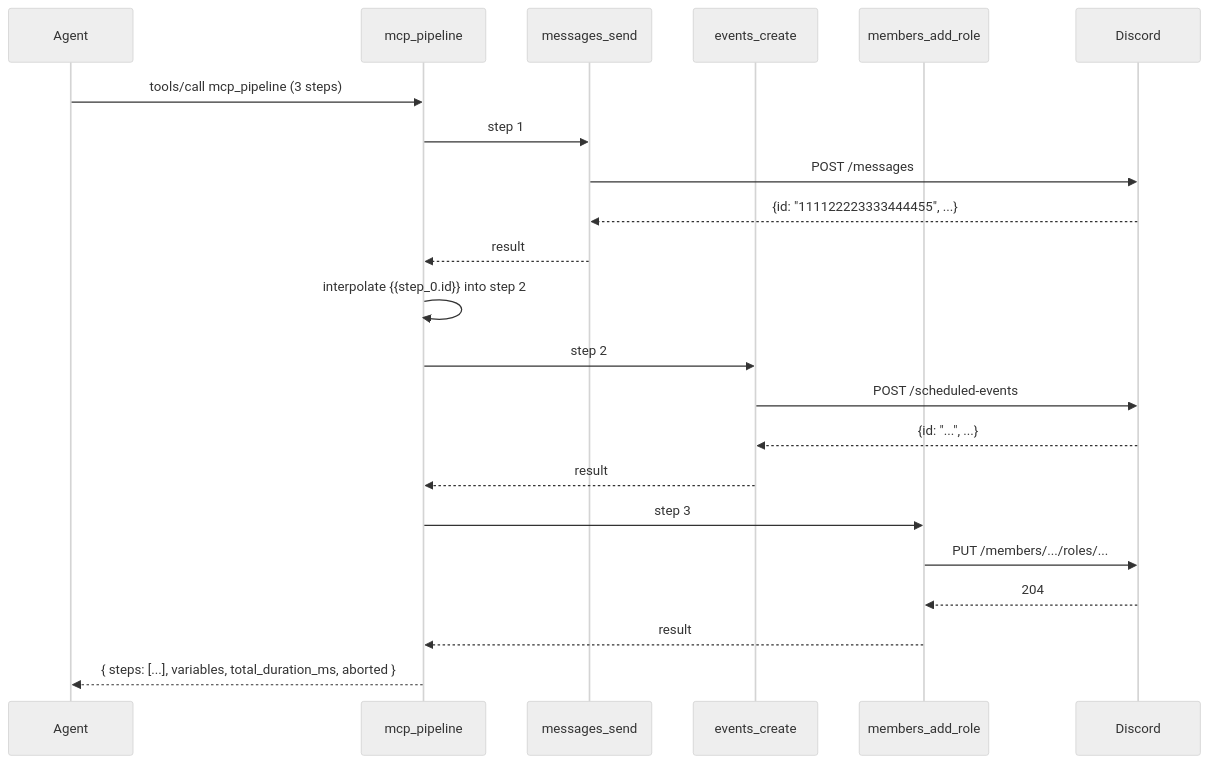
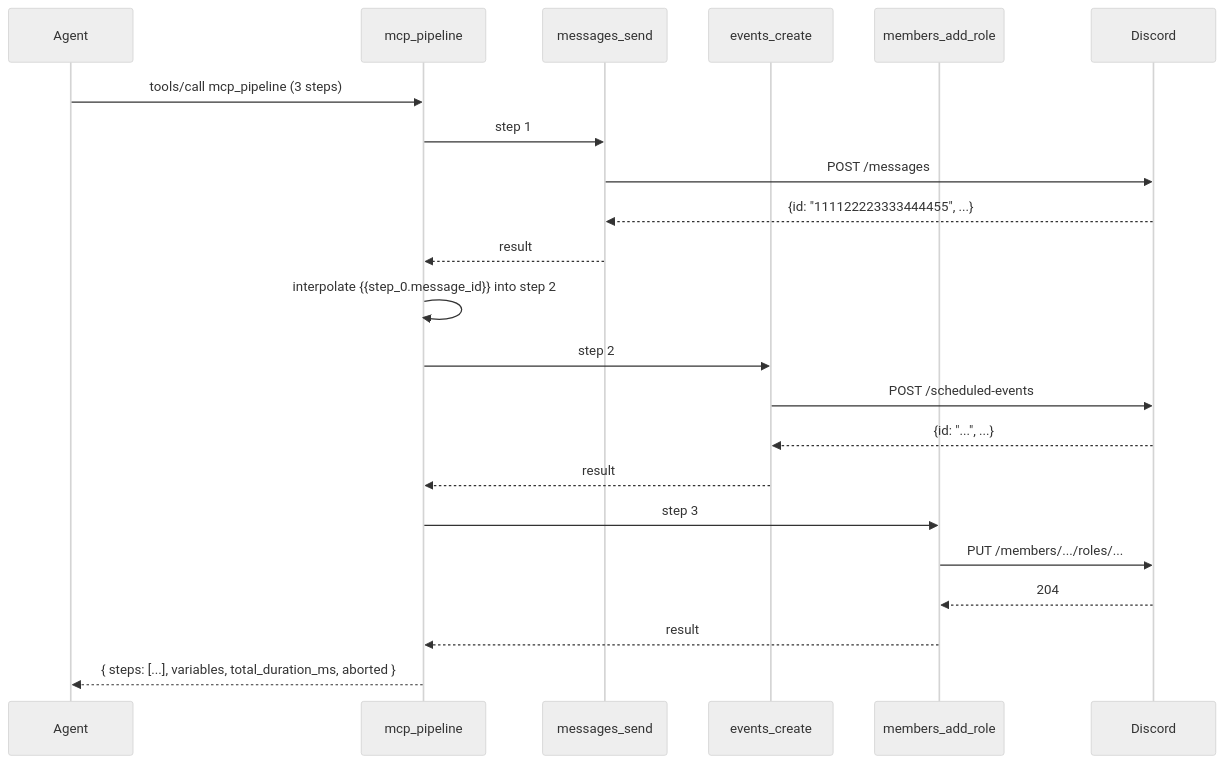
One commit to cappyeo/discord-mcp changed the diagram in site/src/content/docs/architecture/pipeline.mdx. Above: the diagram before and after it, drawn with Mermaid (neutral theme). The commit also changed other lines of this file and 136 other files, not shown here.

````diff
--- a/site/src/content/docs/architecture/pipeline.mdx
+++ b/site/src/content/docs/architecture/pipeline.mdx
@@ -20,25 +22,25 @@
 ```mermaid
 sequenceDiagram
   participant Agent
   participant Pipeline as mcp_pipeline
   participant ToolA as messages_send
   participant ToolB as events_create
   participant ToolC as members_add_role
   participant Discord
 
   Agent->>Pipeline: tools/call mcp_pipeline (3 steps)
   Pipeline->>ToolA: step 1
   ToolA->>Discord: POST /messages
   Discord-->>ToolA: {id: "111122223333444455", ...}
   ToolA-->>Pipeline: result
-  Pipeline->>Pipeline: interpolate {{step_0.id}} into step 2
+  Pipeline->>Pipeline: interpolate {{step_0.message_id}} into step 2
   Pipeline->>ToolB: step 2
   ToolB->>Discord: POST /scheduled-events
   Discord-->>ToolB: {id: "...", ...}
   ToolB-->>Pipeline: result
   Pipeline->>ToolC: step 3
   ToolC->>Discord: PUT /members/.../roles/...
   Discord-->>ToolC: 204
   ToolC-->>Pipeline: result
   Pipeline-->>Agent: { steps: [...], variables, total_duration_ms, aborted }
 ```
````
